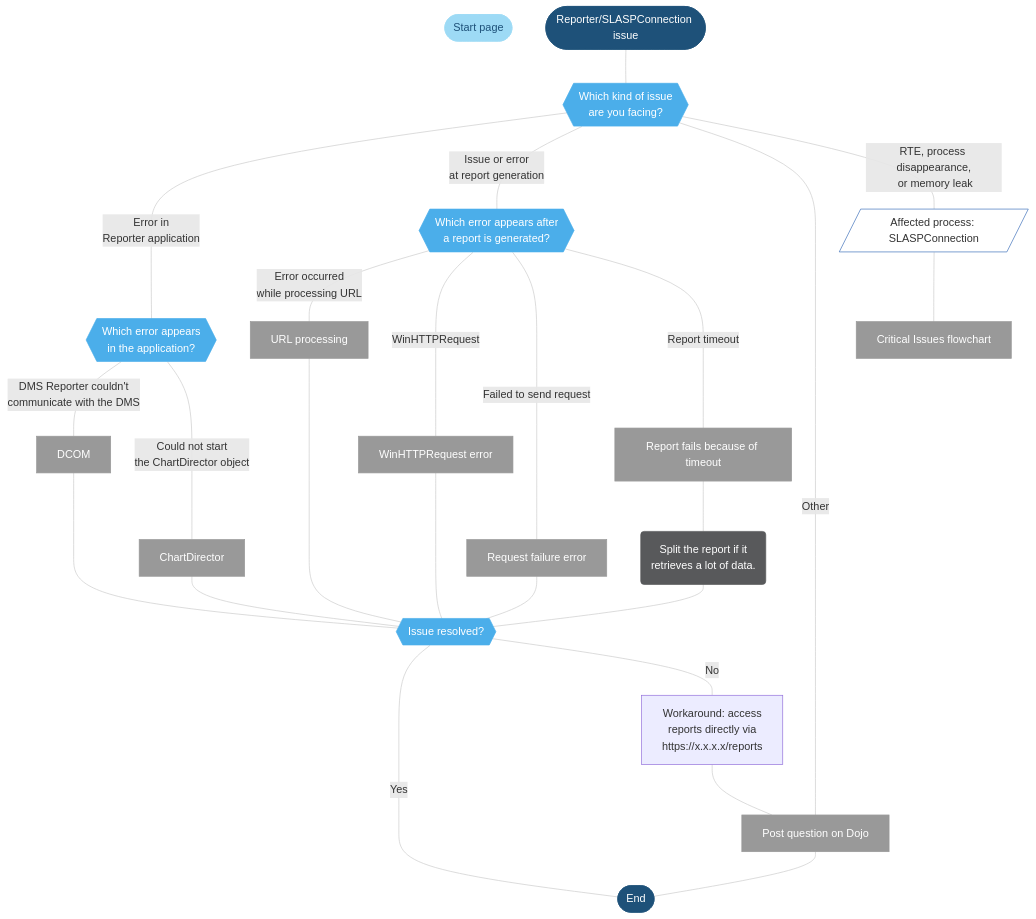
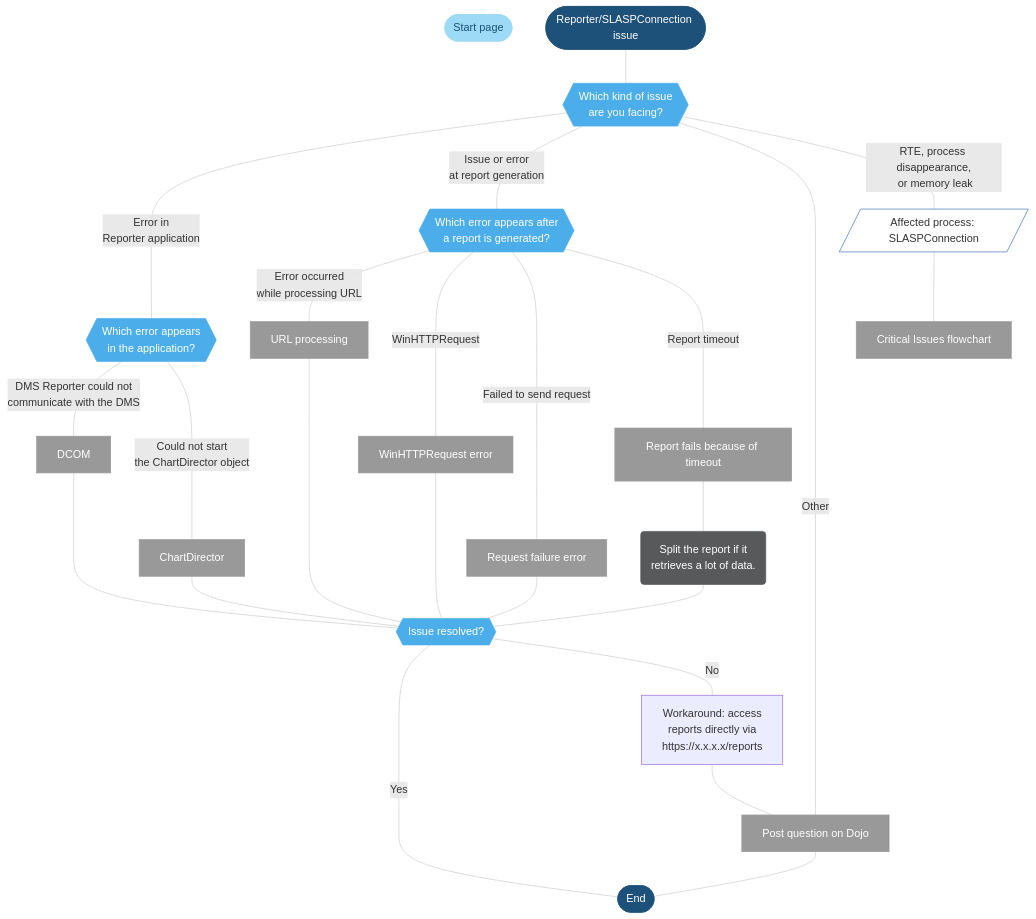
One commit to SkylineCommunications/dataminer-docs changed the diagram in user-guide/Troubleshooting/Troubleshooting_Flowcharts/Troubleshooting_Process_Identification/Other_processes/Troubleshooting_SLASPConnection_exe.md. Above: the diagram before and after it, drawn with Mermaid. The commit also changed other lines of this file and 6 other files, not shown here.

```diff
--- a/user-guide/Troubleshooting/Troubleshooting_Flowcharts/Troubleshooting_Process_Identification/Other_processes/Troubleshooting_SLASPConnection_exe.md
+++ b/user-guide/Troubleshooting/Troubleshooting_Flowcharts/Troubleshooting_Process_Identification/Other_processes/Troubleshooting_SLASPConnection_exe.md
@@ -21,73 +21,73 @@
 <div class="mermaid">
 flowchart TD
 %% -------------------------------------------------------------------------
 %% Define styles
 %% -------------------------------------------------------------------------
 linkStyle default stroke:#cccccc
 classDef classDecision fill:#4baeea,stroke:#4baeea,color:#ffffff,stroke-width:1px;
 classDef classExternalRef fill:#9ddaf5,stroke:#9ddaf5,color:#1E5179,stroke-width:1px;
 classDef classActionClickable fill:#999999,stroke:#999999,color:#ffffff,stroke-width:1px;
 classDef classSolution fill:#58595b,stroke:#58595b,color:#ffffff,stroke-width:1px;
 classDef classTerminal fill:#1e5179,stroke:#1e5179,color:#ffffff,stroke-width:1px;
 classDef classStart fill:#008FFF,stroke:#3f70ba,color:#ffffff,stroke-width:1px;
 classDef classInputOutput fill:#ffffff,stroke:#3f70ba,stroke-width:1px;
 %% Define blocks %%
 HOME([Start page])
 Start([Reporter/SLASPConnection issue])
 TypeofIssue{{Which kind of issue<br/>are you facing?}}
 ApplicationError{{Which error appears<br/>in the application?}}
 Dcom[DCOM]
 ChartDirector[ChartDirector]
 ReportGeneration{{Which error appears after<br/>a report is generated?}}
 UrlProcessing[URL processing]
 WinHTTPRequest[WinHTTPRequest error]
 RequestFailure[Request failure error]
 TimeoutConfig[Report fails because of timeout]
 ReportTimeout(Split the report if it <br/>retrieves a lot of data.)
 Process[/Affected process: SLASPConnection/]
 RTE[Critical Issues flowchart]
 Other[Post question on Dojo]
 IssueResolved{{Issue resolved?}}
 Workaround[Workaround: access<br/>reports directly via<br/>https://x.x.x.x/reports]
 End([End])
 %% Connect blocks %%
 Start--- TypeofIssue
 TypeofIssue ---|Error in<br/>Reporter application| ApplicationError
-ApplicationError ---|DMS Reporter couldn't<br/>communicate with the DMS| Dcom
+ApplicationError ---|DMS Reporter could not<br/>communicate with the DMS| Dcom
 Dcom----IssueResolved
 ApplicationError ---|Could not start<br/>the ChartDirector object| ChartDirector
 ChartDirector --- IssueResolved
 TypeofIssue---|Issue or error<br/>at report generation| ReportGeneration
 ReportGeneration---|Error occurred<br/>while processing URL|UrlProcessing
 UrlProcessing-----IssueResolved
 ReportGeneration ---|WinHTTPRequest|WinHTTPRequest
 WinHTTPRequest----IssueResolved
 ReportGeneration ---|Failed to send request|RequestFailure
 RequestFailure---IssueResolved
 ReportGeneration ---|Report timeout|TimeoutConfig
 TimeoutConfig--- ReportTimeout
 ReportTimeout---IssueResolved
 TypeofIssue --- |Other| Other
 TypeofIssue ---|RTE, process disappearance,<br/> or memory leak| Process
 Process---RTE
 IssueResolved--- |Yes|End
 IssueResolved--- |No|Workaround---Other
 Other---End
 %% Define hyperlinks %%
 click HOME "https://docs.dataminer.services/user-guide/Troubleshooting/Troubleshooting_Flowcharts/Finding_a_Root_Cause.html" "Go to the start page"
 click RTE "https://docs.dataminer.services/user-guide/Troubleshooting/Troubleshooting_Flowcharts/Troubleshooting_Critical_Issues/Troubleshooting_Critical_Issues_Alarm_Console.html"
 click CRASH "https://community.dataminer.services/ioc-flowchart---crash/" "Crash investigation diagram"
 click Dcom "#how-to-configure-dcom-manually"
 click ChartDirector "#error-could-not-start-the-chartdirector-object"
 click  UrlProcessing "#error-occurred-while-processing-url"
 click  WinHTTPRequest "#error-could-not-create-winhttprequest-object-to-generate-e-mail-reportnot-enough-storage-is-available-to-process-this-command-0x80070008h"
 click  RequestFailure "#error-failed-to-send-request-for-httpsurlreportstemplatesreportnameasp-0x80072f7dh---12157"
 click  Other "https://community.dataminer.services/questions/"
 click TimeoutConfig "#report-timeout"
 class Other,Dcom,ChartDirector,WinHTTPRequest,RequestFailure,UrlProcessing,RTE,TimeoutConfig classActionClickable;
 class TypeofIssue,ApplicationError,ReportGeneration,IssueResolved classDecision;
 class Start,End classTerminal;
 class ReportTimeout classSolution;
 class Process classInputOutput;
 class HOME,BACK classExternalRef;
 </div>
```
